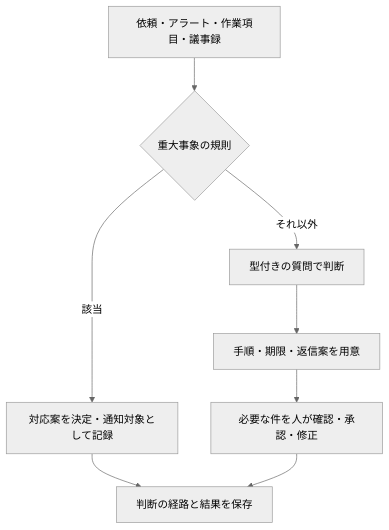
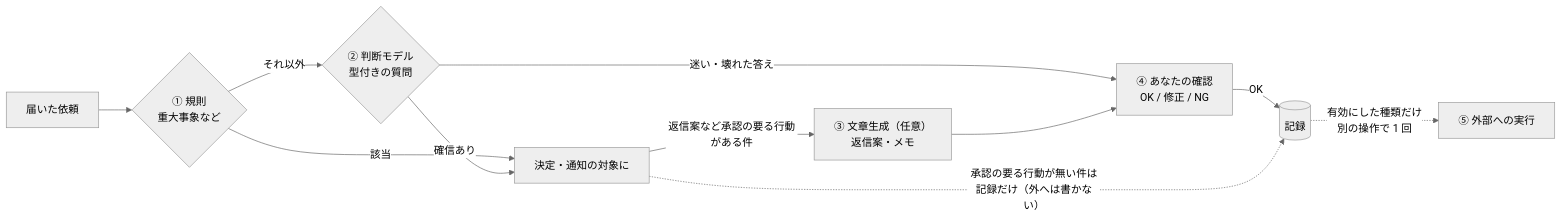
One commit to awano27/pm-decision changed the diagram in README.md. Above: the diagram before and after it, drawn with Mermaid (neutral theme). The commit also changed other lines of this file and 28 other files, not shown here.

````diff
--- a/README.md
+++ b/README.md
@@ -156,10 +133,13 @@
 ```mermaid
-flowchart TD
-    E["依頼・アラート・作業項目・議事録"] --> R{"重大事象の規則"}
-    R -- 該当 --> N["対応案を決定・通知対象として記録"]
-    R -- それ以外 --> J["型付きの質問で判断"]
-    J --> P["手順・期限・返信案を用意"]
-    P --> H["必要な件を人が確認・承認・修正"]
-    N --> L["判断の経路と結果を保存"]
-    H --> L
+flowchart LR
+    E["届いた依頼"] --> R{"① 規則<br/>重大事象など"}
+    R -- 該当 --> D["決定・通知の対象に"]
+    R -- それ以外 --> J{"② 判断モデル<br/>型付きの質問"}
+    J -- 確信あり --> D
+    J -- 迷い・壊れた答え --> H
+    D -- "返信案など承認の要る行動がある件" --> W["③ 文章生成（任意）<br/>返信案・メモ"]
+    W --> H["④ あなたの確認<br/>OK / 修正 / NG"]
+    H -- OK --> L[("記録")]
+    D -. "承認の要る行動が無い件は<br/>記録だけ（外へは書かない）" .-> L
+    L -. "有効にした種類だけ<br/>別の操作で 1 回" .-> X["⑤ 外部への実行"]
 ```
````
